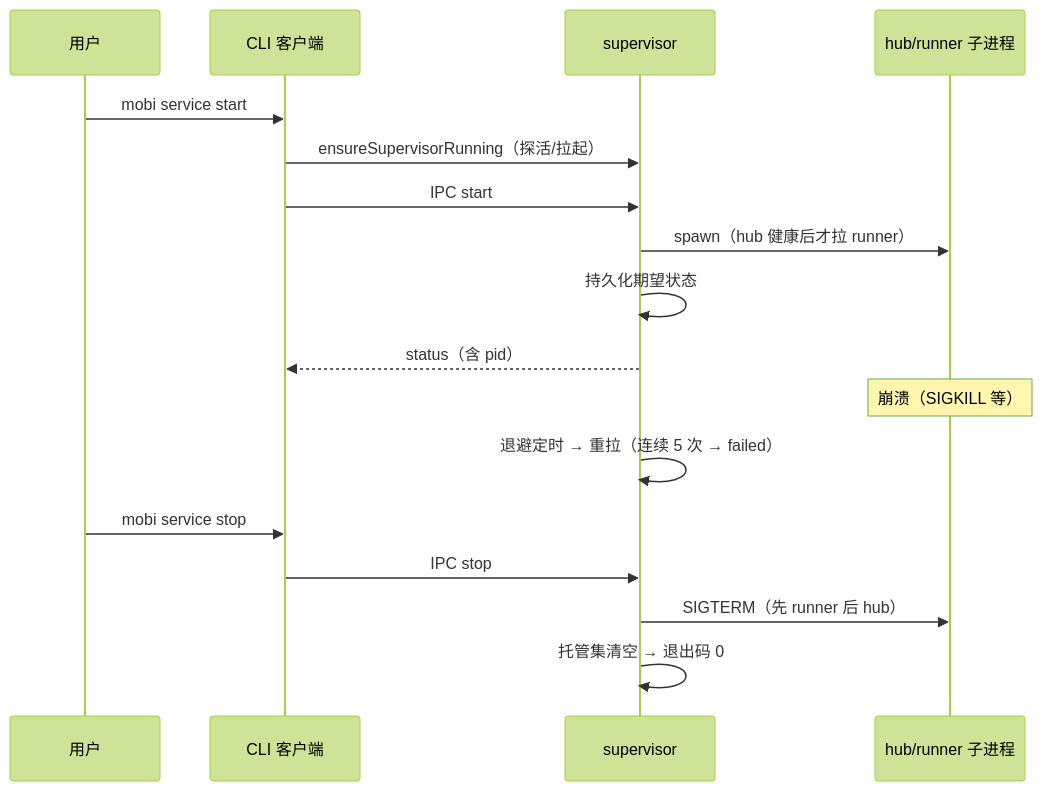
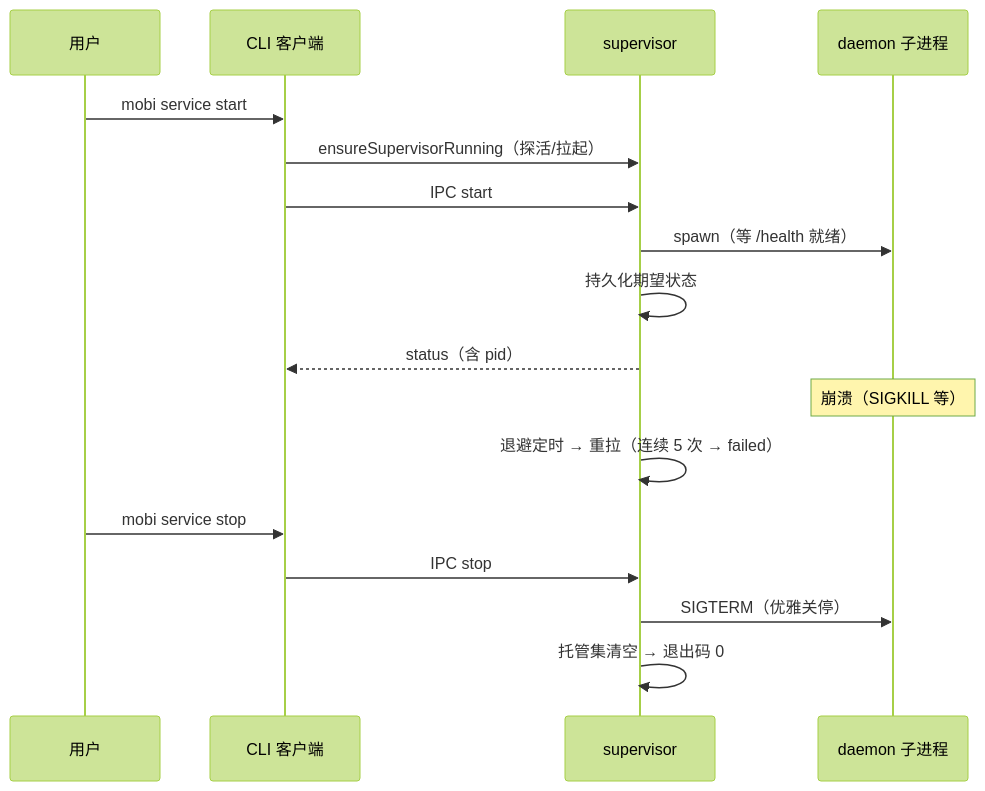
Before and after one commit to ModuBit/mobi: the second of 2 diagrams in docs/architecture/cli/commands/service/README.md, drawn with Mermaid (forest theme). The commit also changed other lines of this file and 86 other files, not shown here.

First line of the commit message:
remove-machine 603: 文档与 ADR 收尾——ADR 0011 + 架构文档全量去 hub/runner/machine 词汇

````diff
--- a/docs/architecture/cli/commands/service/README.md
+++ b/docs/architecture/cli/commands/service/README.md
@@ -80,22 +74,22 @@
 ```mermaid
 sequenceDiagram
     participant U as 用户
     participant C as CLI 客户端
     participant S as supervisor
-    participant H as hub/runner 子进程
+    participant H as daemon 子进程
 
     U->>C: mobi service start
     C->>S: ensureSupervisorRunning（探活/拉起）
     C->>S: IPC start
-    S->>H: spawn（hub 健康后才拉 runner）
+    S->>H: spawn（等 /health 就绪）
     S->>S: 持久化期望状态
     S-->>C: status（含 pid）
 
     Note over H: 崩溃（SIGKILL 等）
     S->>S: 退避定时 → 重拉（连续 5 次 → failed）
 
     U->>C: mobi service stop
     C->>S: IPC stop
-    S->>H: SIGTERM（先 runner 后 hub）
+    S->>H: SIGTERM（优雅关停）
     S->>S: 托管集清空 → 退出码 0
 ```
````
